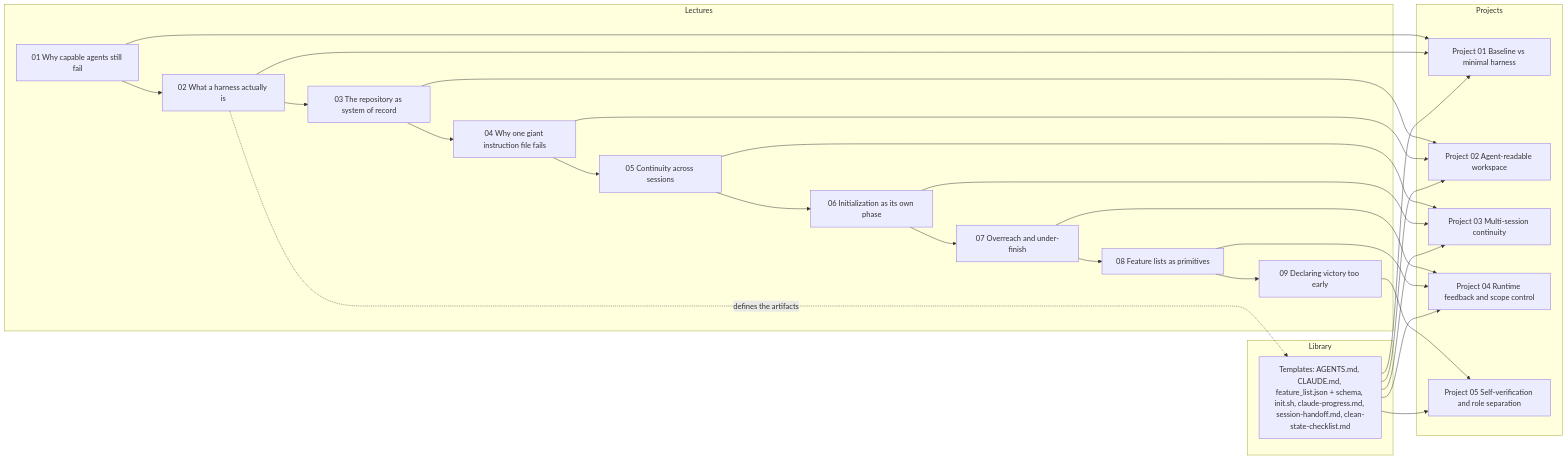
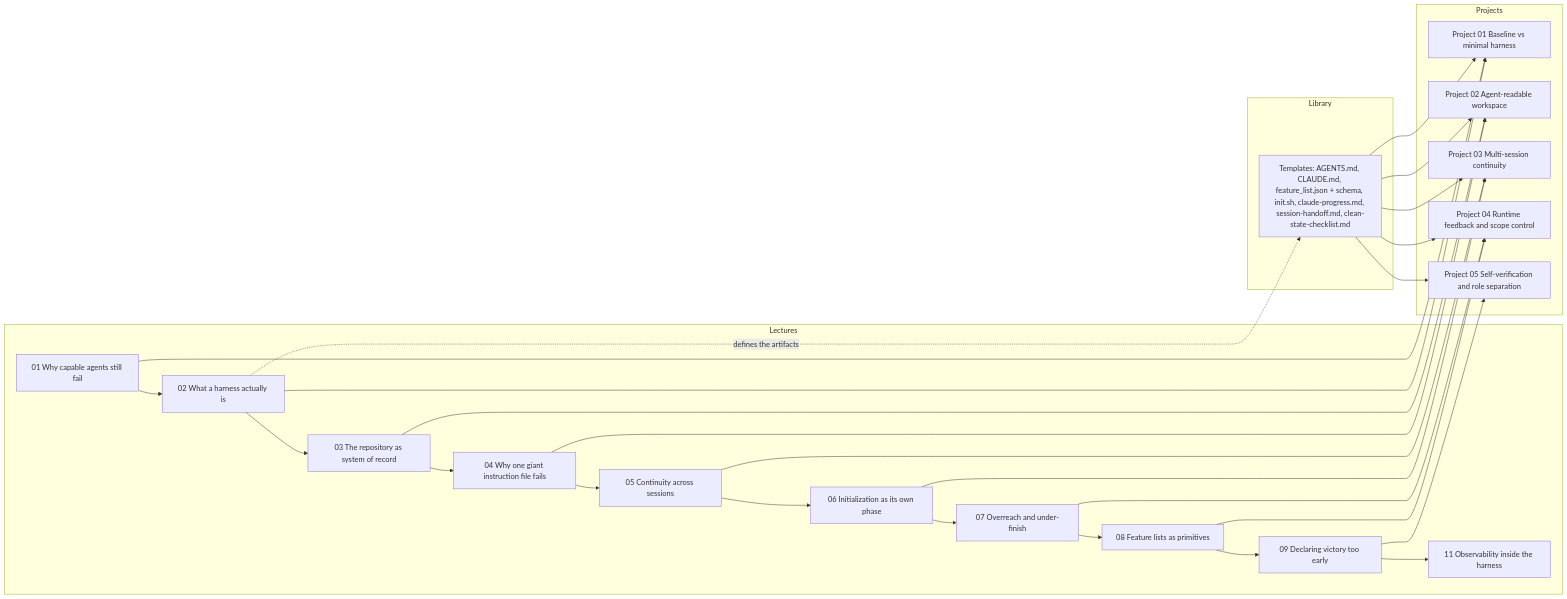
The diagram in docs/curriculum-map.md (ANI-IN/harness-engineering-session), drawn with Mermaid before and after one commit. The commit also changed other lines of this file and 68 other files, not shown here.

````diff
--- a/docs/curriculum-map.md
+++ b/docs/curriculum-map.md
@@ -13,52 +13,54 @@
 ```mermaid
 flowchart LR
   subgraph Lectures
     L01["01 Why capable agents still fail"]
     L02["02 What a harness actually is"]
     L03["03 The repository as system of record"]
     L04["04 Why one giant instruction file fails"]
     L05["05 Continuity across sessions"]
     L06["06 Initialization as its own phase"]
     L07["07 Overreach and under-finish"]
     L08["08 Feature lists as primitives"]
     L09["09 Declaring victory too early"]
+    L11["11 Observability inside the harness"]
   end
 
   subgraph Projects
     P01["Project 01 Baseline vs minimal harness"]
     P02["Project 02 Agent-readable workspace"]
     P03["Project 03 Multi-session continuity"]
     P04["Project 04 Runtime feedback and scope control"]
     P05["Project 05 Self-verification and role separation"]
   end
 
   subgraph Library
     T["Templates: AGENTS.md, CLAUDE.md, feature_list.json + schema, init.sh, claude-progress.md, session-handoff.md, clean-state-checklist.md"]
   end
 
   L01 --> L02
   L02 --> L03
   L03 --> L04
   L04 --> L05
   L05 --> L06
   L06 --> L07
   L07 --> L08
   L08 --> L09
+  L09 --> L11
 
   L01 --> P01
   L02 --> P01
   L03 --> P02
   L04 --> P02
   L05 --> P03
   L06 --> P03
   L07 --> P04
   L08 --> P04
   L09 --> P05
 
   T --> P01
   T --> P02
   T --> P03
   T --> P04
   T --> P05
   L02 -. "defines the artifacts" .-> T
 ```
````
